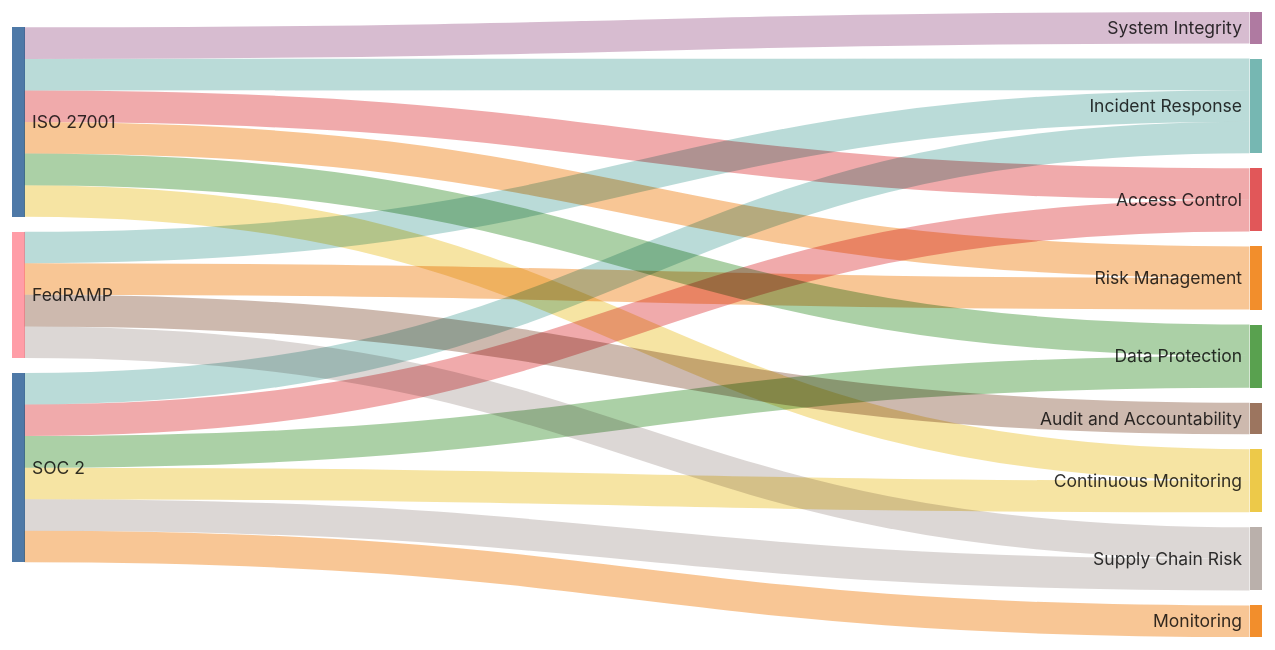
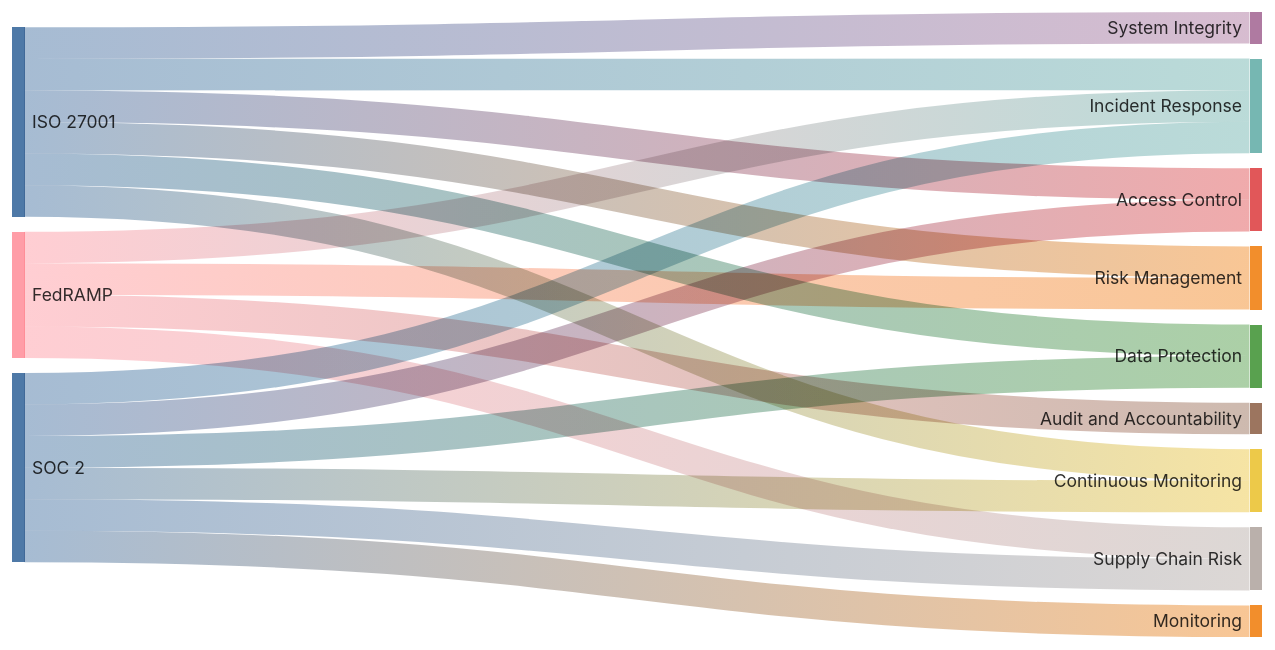
The diagram in README.md (jluufigma/grc-docs), drawn with Mermaid before and after one commit.

````diff
--- a/README.md
+++ b/README.md
@@ -4,33 +4,33 @@
 ```mermaid
 ---
 config:
  themeCSS: white
  sankey: 
   showValues: false
   width: 1000
   height: 500
-  linkColor: 'target'
+  linkColor: 'gradient'
   nodeAlignment: 'center'
 ---
 sankey-beta
 
 %% Frameworks,Policies,Weight
 ISO 27001,Risk Management,1
 ISO 27001,Access Control,1
 ISO 27001,Incident Response ,1
 ISO 27001,Data Protection,1
 ISO 27001,Continuous Monitoring,1
 ISO 27001,System Integrity,1
 
 FedRAMP,Audit and Accountability,1
 FedRAMP,Incident Response,1
 FedRAMP,Supply Chain Risk,1
 FedRAMP,Risk Management,1
 
 SOC 2,Access Control,1
 SOC 2,Incident Response,1
 SOC 2,Continuous Monitoring,1
 SOC 2,Data Protection,1
 SOC 2,Supply Chain Risk,1
 SOC 2,Monitoring ,1
 ```
````
